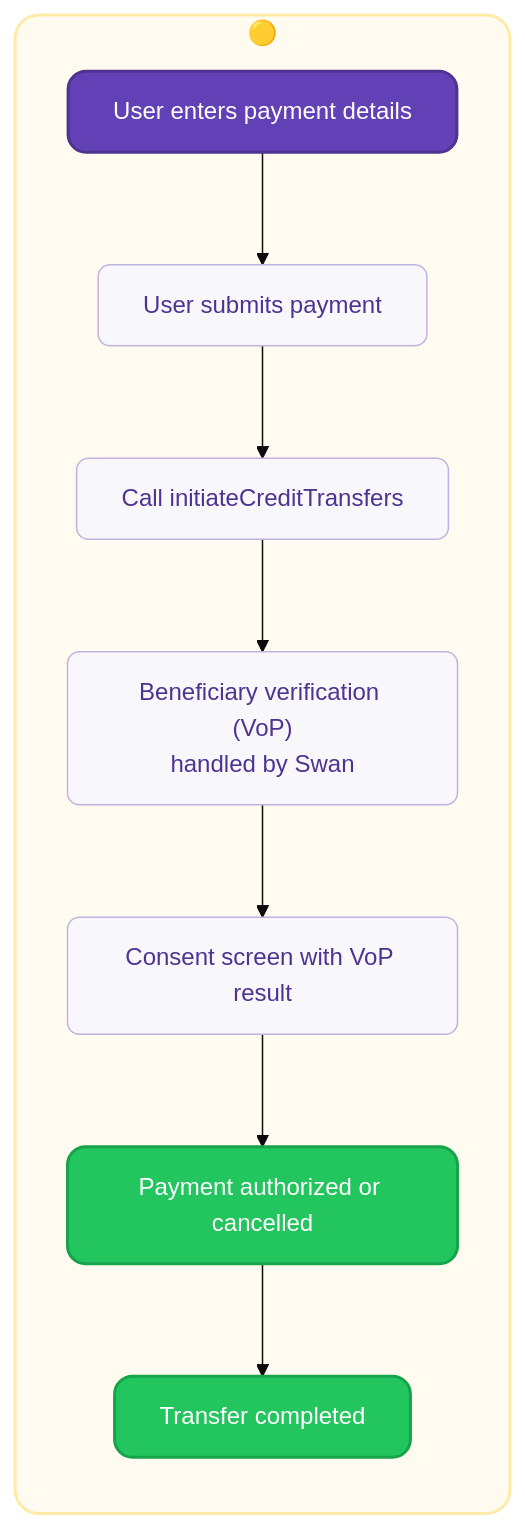
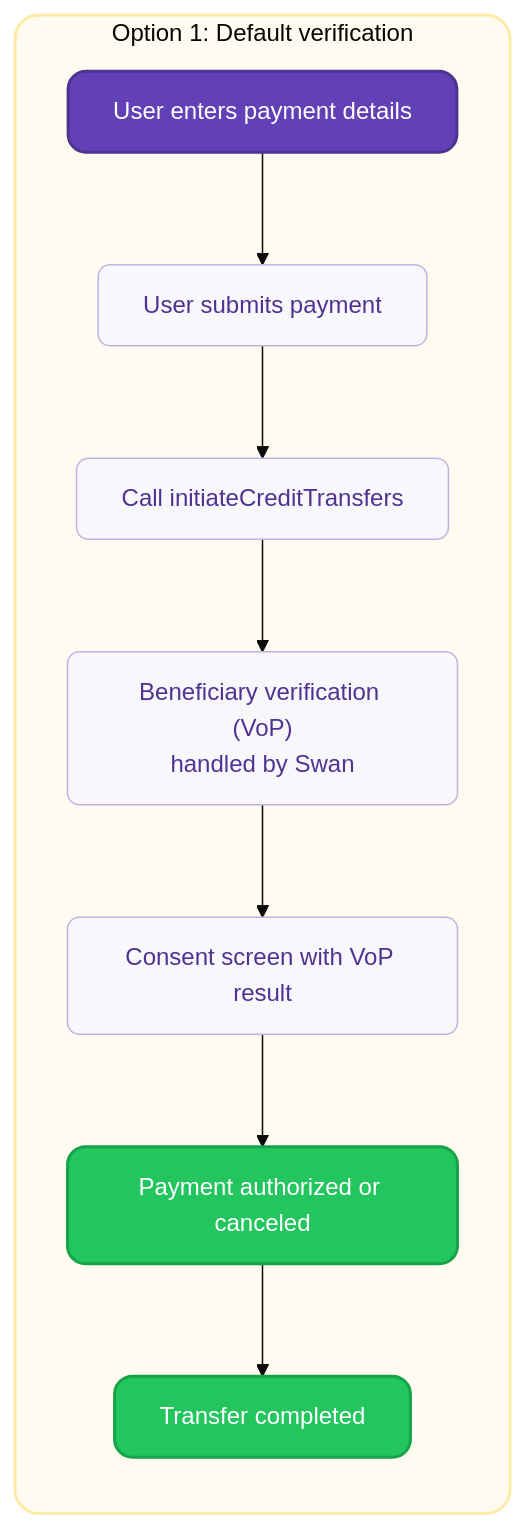
One commit to swan-io/docs changed the second of 3 diagrams in docs/payments/concepts/verification-of-payee/index.mdx. Above: the diagram before and after it, drawn with Mermaid (base theme). The commit also changed other lines of this file, not shown here.

````diff
--- a/docs/payments/concepts/verification-of-payee/index.mdx
+++ b/docs/payments/concepts/verification-of-payee/index.mdx
@@ -250,25 +242,25 @@
 ```mermaid
 flowchart TD
-    subgraph Option1 ["🟡"]
+    subgraph Option1 ["Option 1: Default verification"]
         direction TB
         A1["User enters payment details"] --> B1["User submits payment"]
         B1 --> C1["Call initiateCreditTransfers"]
         C1 --> D1["Beneficiary verification (VoP)<br/>handled by Swan"]
         D1 --> E1["Consent screen with VoP result"]
-        E1 --> F1["Payment authorized or cancelled"]
+        E1 --> F1["Payment authorized or canceled"]
         F1 --> G1["Transfer completed"]
     end
     
     classDef default fill:#ffffff,stroke:#6240b5,stroke-width:1px,color:#271a48,rx:8,ry:8
     classDef input fill:#6240b5,stroke:#4e3391,stroke-width:2px,color:#ffffff,rx:12,ry:12
     classDef process fill:#f8f7fc,stroke:#c0b3e1,stroke-width:1px,color:#4e3391,rx:8,ry:8
     classDef success fill:#22c55e,stroke:#16a34a,stroke-width:2px,color:#ffffff,rx:12,ry:12
     classDef transfer fill:#22c55e,stroke:#16a34a,stroke-width:2px,color:#ffffff,rx:12,ry:12
     classDef subgraph1 fill:#fffbf0,stroke:#ffeaa7,stroke-width:2px,rx:16,ry:16
     
     class A1 input
     class B1,C1,D1,E1 process
     class F1 success
     class G1 transfer
     class Option1 subgraph1
 ```
````
